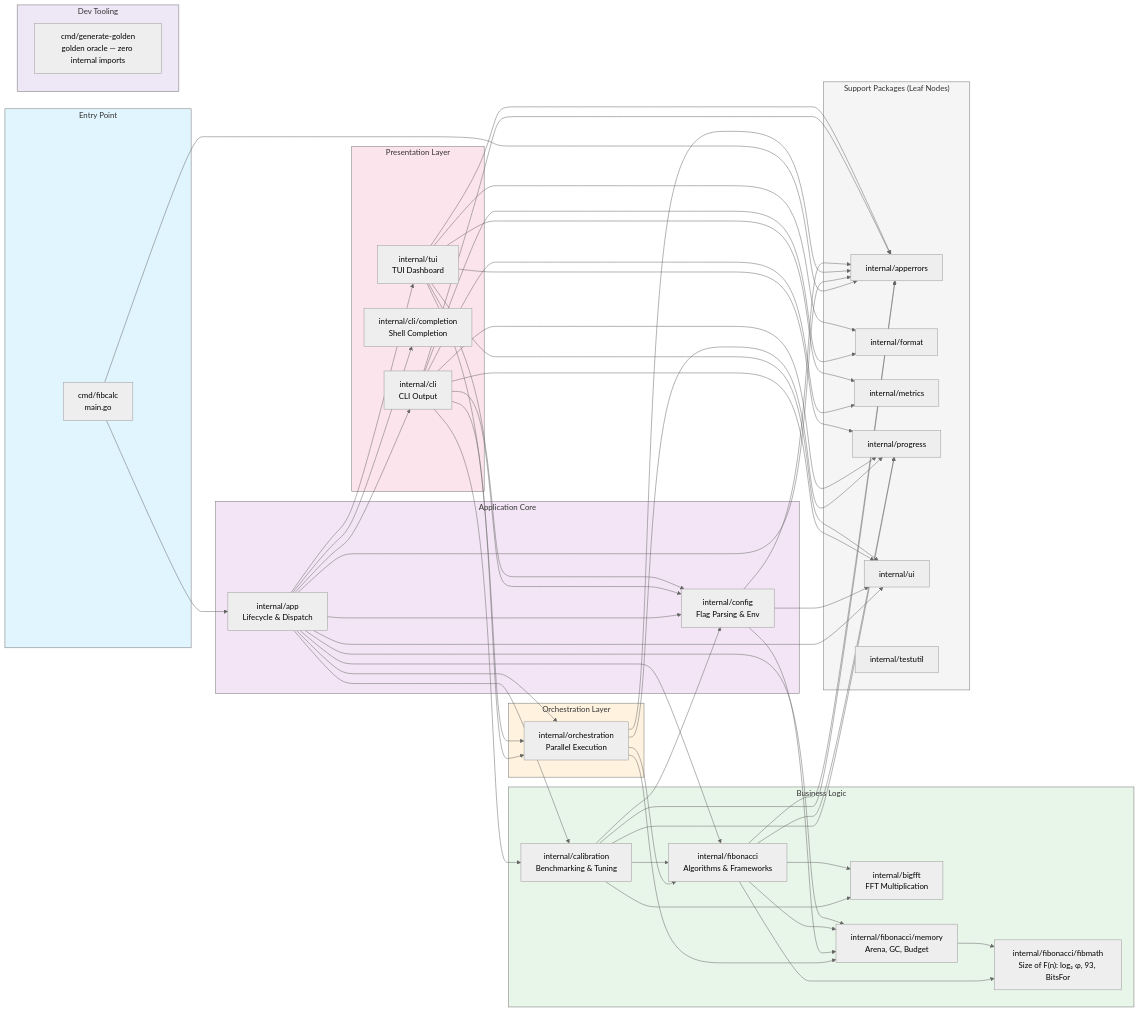
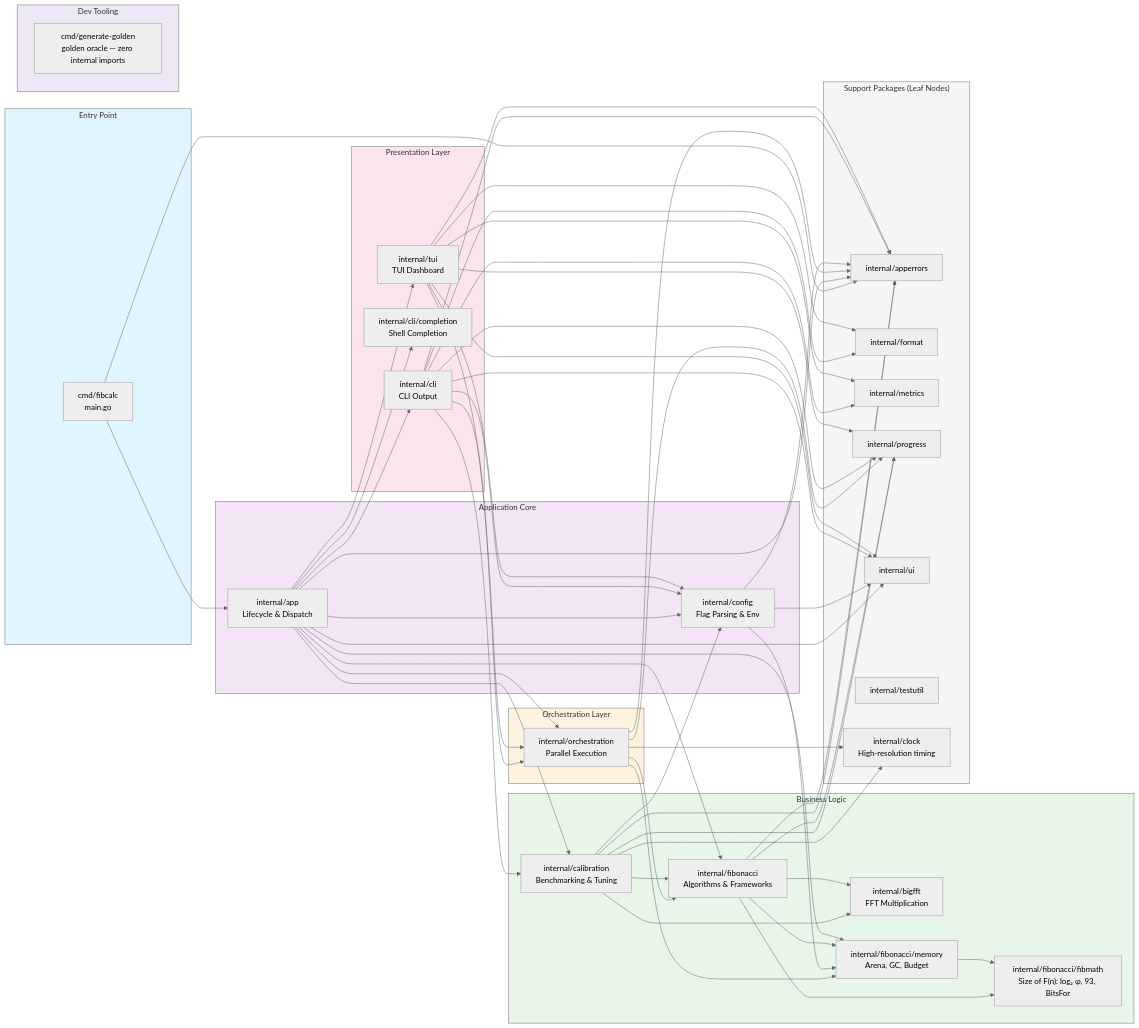
The diagram in docs/architecture/dependency-graph.md (agbruneau/Fibonacci), drawn with Mermaid (neutral theme) before and after one commit. The commit also changed other lines of this file and 37 other files, not shown here.

First line of the commit message:
fix: high-resolution timing on Windows, honest calculator names, allowlist arch gate (ADR-0014)

```diff
--- a/docs/architecture/dependency-graph.md
+++ b/docs/architecture/dependency-graph.md
@@ -45,6 +45,7 @@
         progress["internal/progress"]
         ui["internal/ui"]
         testutil["internal/testutil"]
+        clock["internal/clock<br/>High-resolution timing"]
     end
 
     main --> app
@@ -62,6 +63,7 @@
     orch --> apperrors
     orch --> progress
     orch --> fibmem
+    orch --> clock
 
     config --> apperrors
     config --> fibmem
@@ -72,6 +74,7 @@
     calib --> config
     calib --> apperrors
     calib --> progress
+    calib --> clock
 
     fib --> bigfft
     fib --> apperrors
```
